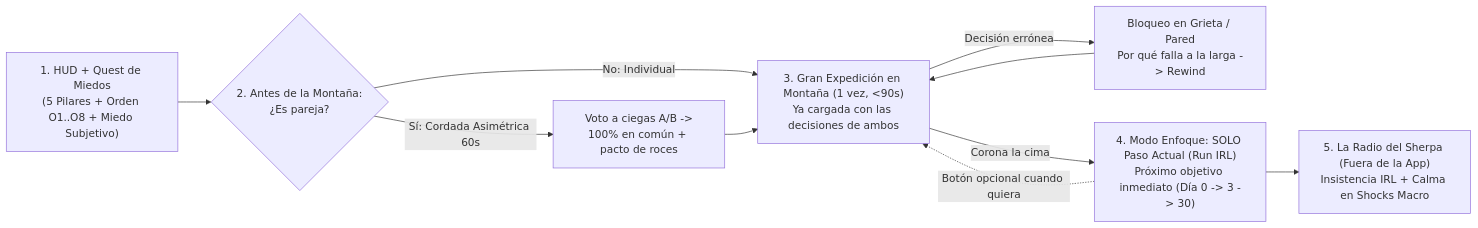
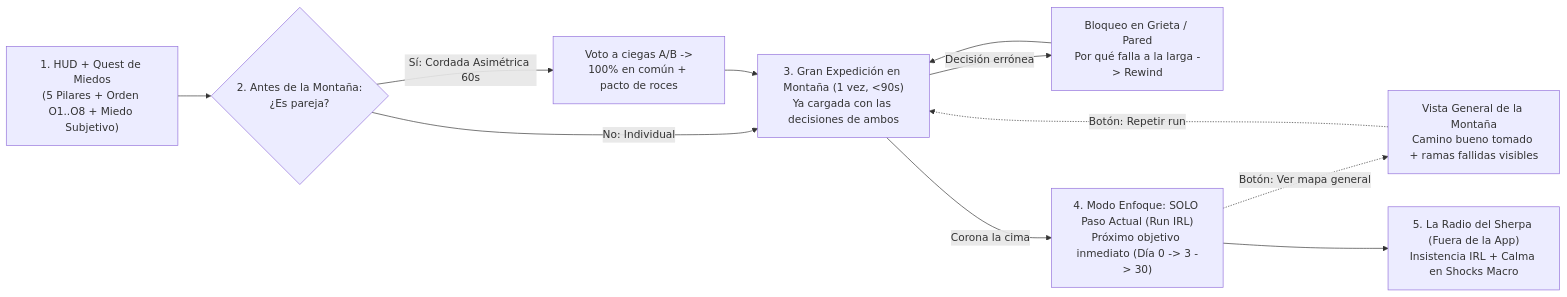
One commit to Gabriel-Borras/Sherpas-MaximosLocales changed the diagram in docs/BIBLIA_FINAL_V1.md. Above: the diagram before and after it, drawn with Mermaid. The commit also changed other lines of this file, not shown here.

Commit message:
docs: separar vista general de montana resuelta del boton repetir run

````diff
--- a/docs/BIBLIA_FINAL_V1.md
+++ b/docs/BIBLIA_FINAL_V1.md
@@ -28,12 +28,13 @@
 ```mermaid
 flowchart LR
     A["1. HUD + Quest de Miedos\n(5 Pilares + Orden O1..O8 + Miedo Subjetivo)"] --> B{"2. Antes de la Montaña:\n¿Es pareja?"}
     B -->|Sí: Cordada Asimétrica 60s| C["Voto a ciegas A/B ->\n100% en común + pacto de roces"]
     B -->|No: Individual| D["3. Gran Expedición en Montaña (1 vez, <90s)\nYa cargada con las decisiones de ambos"]
     C --> D
     D -->|Decisión errónea| E["Bloqueo en Grieta / Pared\nPor qué falla a la larga -> Rewind"]
     E --> D
     D -->|Corona la cima| F["4. Modo Enfoque: SOLO Paso Actual (Run IRL)\nPróximo objetivo inmediato (Día 0 -> 3 -> 30)"]
-    F -.->|"Botón opcional cuando quiera"| D
+    F -.->|"Botón: Ver mapa general"| H["Vista General de la Montaña\nCamino bueno tomado + ramas fallidas visibles"]
+    H -.->|"Botón: Repetir run"| D
     F --> G["5. La Radio del Sherpa (Fuera de la App)\nInsistencia IRL + Calma en Shocks Macro"]
 ```
````
